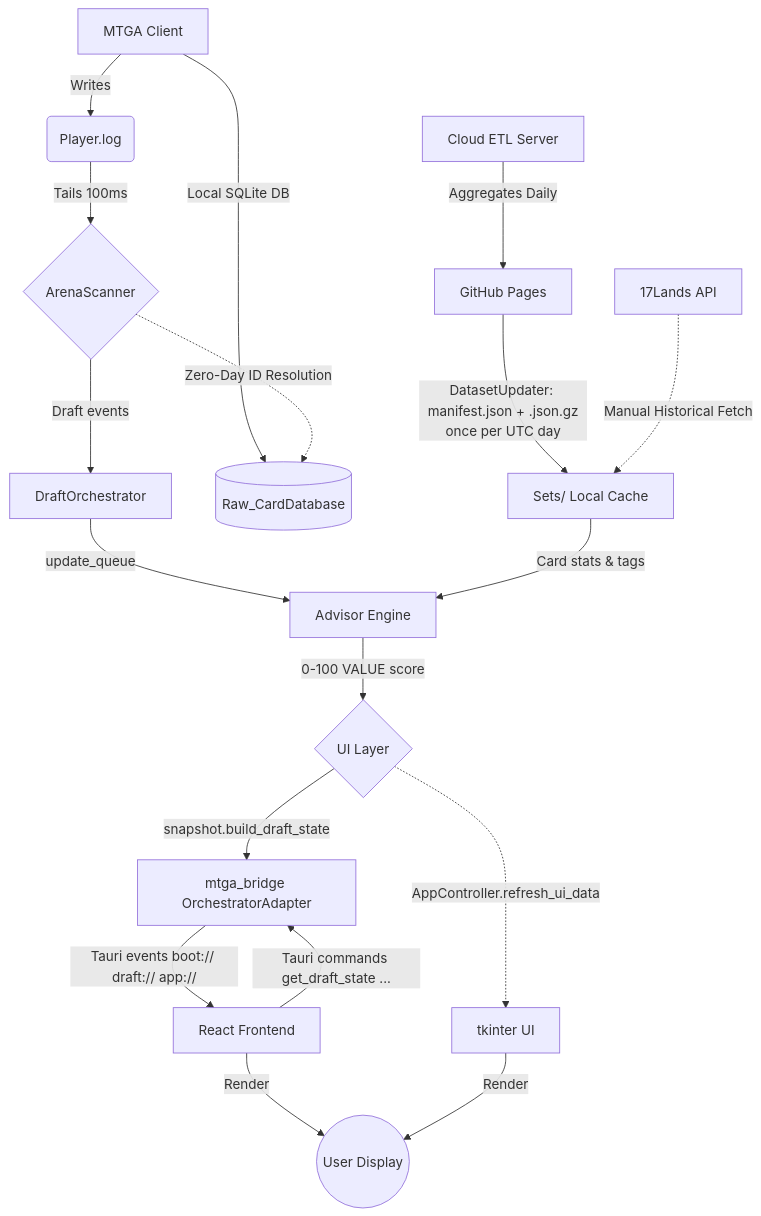
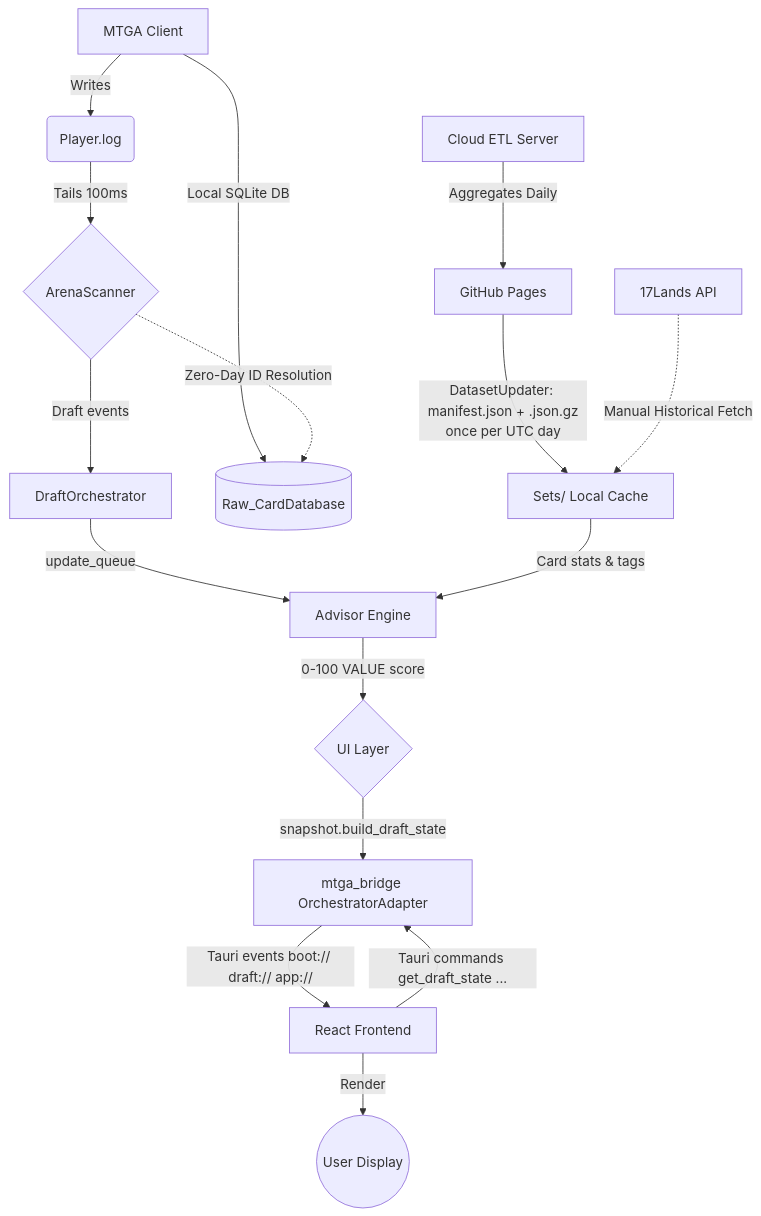
Before and after one commit to Olld47/MTGA_Draft_17Lands: the diagram in docs/00-system-overview.md, drawn with Mermaid. The commit also changed other lines of this file and 127 other files, not shown here.

````diff
--- a/docs/00-system-overview.md
+++ b/docs/00-system-overview.md
@@ -32,30 +23,26 @@
 ```mermaid
 graph TD
     %% Cloud ETL Pipeline
     Z[Cloud ETL Server] -->|Aggregates Daily| Y[GitHub Pages]
     Y -->|DatasetUpdater: manifest.json + .json.gz<br/>once per UTC day| F[Sets/ Local Cache]
 
     %% Local Log Flow
     A[MTGA Client] -->|Writes| B(Player.log)
     A -->|Local SQLite DB| DB[(Raw_CardDatabase)]
     B -->|Tails 100ms| C{ArenaScanner}
     C -->|Draft events| D[DraftOrchestrator]
     C -.->|Zero-Day ID Resolution| DB
     D -->|update_queue| E[Advisor Engine]
     F -->|Card stats & tags| E
     E -->|0-100 VALUE score| G{UI Layer}
 
-    %% Desktop (default)
+    %% Desktop
     G -->|snapshot.build_draft_state| H[mtga_bridge OrchestratorAdapter]
     H -->|Tauri events boot:// draft:// app://| I[React Frontend]
     I -->|Tauri commands get_draft_state ...| H
 
-    %% Legacy
-    G -.->|AppController.refresh_ui_data| J[tkinter UI]
-
     I -->|Render| K((User Display))
-    J -->|Render| K
 
     %% Manual fallback
     L[17Lands API] -.->|Manual Historical Fetch| F
 ```
````
